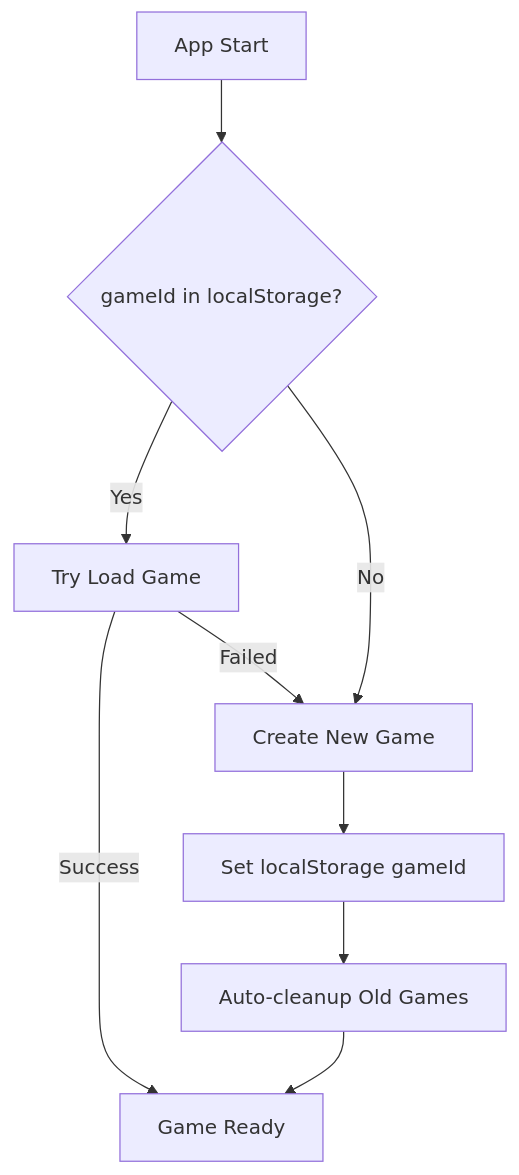
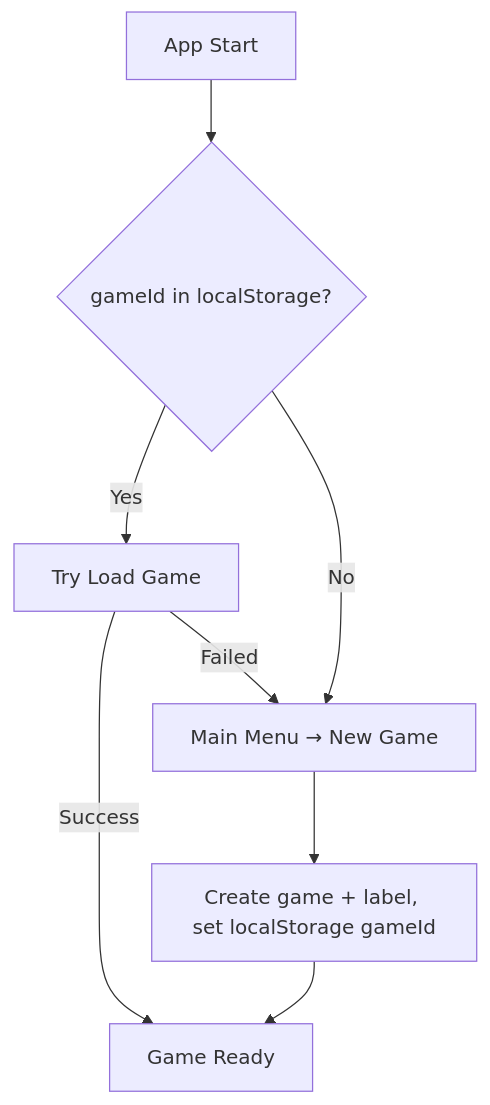
The diagram in docs/02-architecture/database-design.md (themightynes/music-label-manager), drawn with Mermaid before and after one commit. The commit also changed other lines of this file and 2 other files, not shown here.

````diff
--- a/docs/02-architecture/database-design.md
+++ b/docs/02-architecture/database-design.md
@@ -400,11 +523,10 @@
 ```mermaid
 graph TD
     A[App Start] --> B{gameId in localStorage?}
     B -->|Yes| C[Try Load Game]
-    B -->|No| G[Create New Game]
+    B -->|No| G[Main Menu → New Game]
     C -->|Success| D[Game Ready]
-    C -->|Failed| G[Create New Game]
-    G --> E[Set localStorage gameId]
-    E --> F[Auto-cleanup Old Games]
-    F --> D[Game Ready]
+    C -->|Failed| G
+    G --> E[Create game + label, set localStorage gameId]
+    E --> D[Game Ready]
 ```
````
